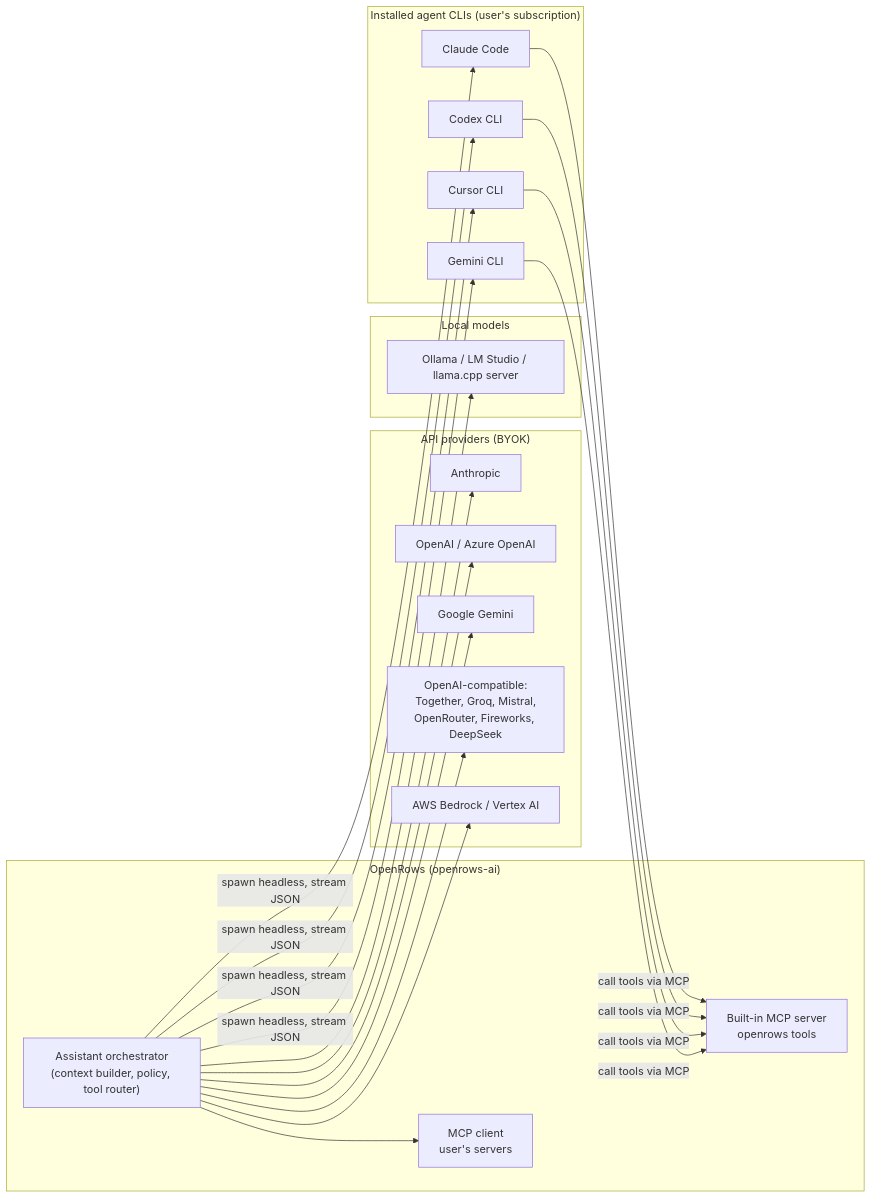
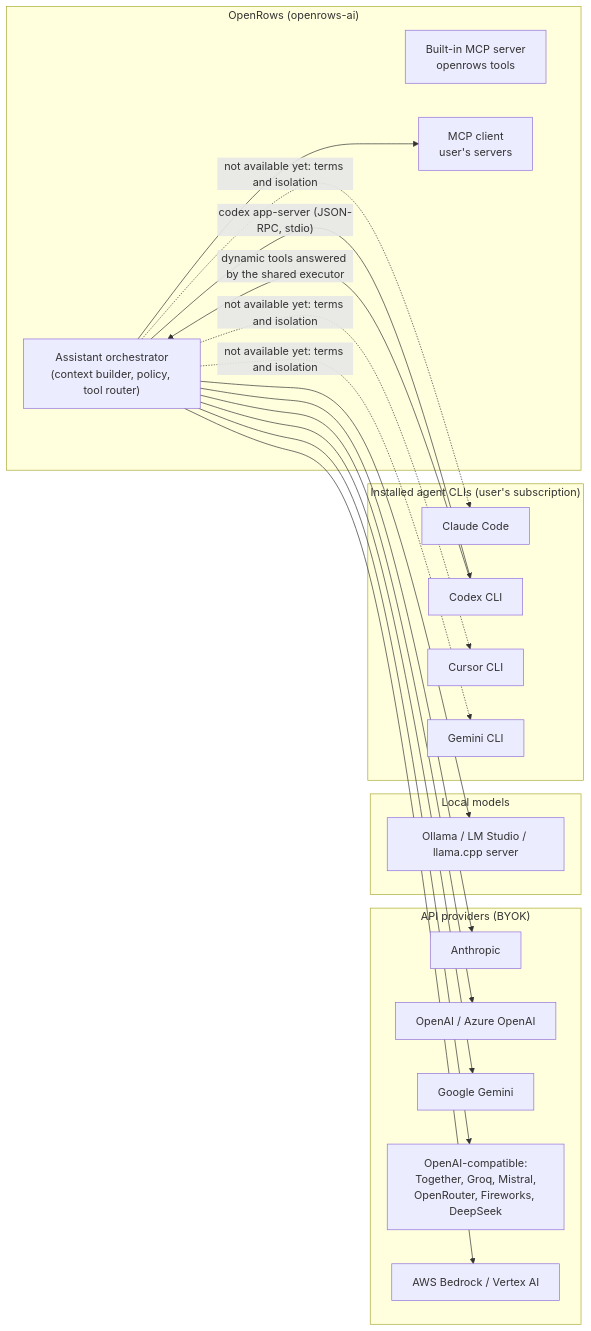
One commit to theetaz/open-rows changed the first of 2 diagrams in docs/23-ai-assistant.md. Above: the diagram before and after it, drawn with Mermaid. The commit also changed other lines of this file and 53 other files, not shown here.

````diff
--- a/docs/23-ai-assistant.md
+++ b/docs/23-ai-assistant.md
@@ -28,29 +28,30 @@
 ```mermaid
 flowchart LR
     subgraph app["OpenRows (openrows-ai)"]
         orch["Assistant orchestrator<br/>(context builder, policy, tool router)"]
         mcpS["Built-in MCP server<br/>openrows tools"]
         mcpC["MCP client<br/>user's servers"]
     end
     subgraph api["API providers (BYOK)"]
         anth["Anthropic"]
         oai["OpenAI / Azure OpenAI"]
         gem["Google Gemini"]
         oc["OpenAI-compatible:<br/>Together, Groq, Mistral,<br/>OpenRouter, Fireworks, DeepSeek"]
         bed["AWS Bedrock / Vertex AI"]
     end
     subgraph local["Local models"]
         oll["Ollama / LM Studio / llama.cpp server"]
     end
     subgraph cli["Installed agent CLIs (user's subscription)"]
         cc["Claude Code"]
         cx["Codex CLI"]
         cu["Cursor CLI"]
         gm["Gemini CLI"]
     end
     orch --> anth & oai & gem & oc & bed
     orch --> oll
-    orch -->|spawn headless, stream JSON| cc & cx & cu & gm
-    cc & cx & cu & gm -->|call tools via MCP| mcpS
+    orch -->|"codex app-server (JSON-RPC, stdio)"| cx
+    cx -->|"dynamic tools answered by the shared executor"| orch
+    orch -.->|"not available yet: terms and isolation"| cc & cu & gm
     orch --> mcpC
 ```
````
